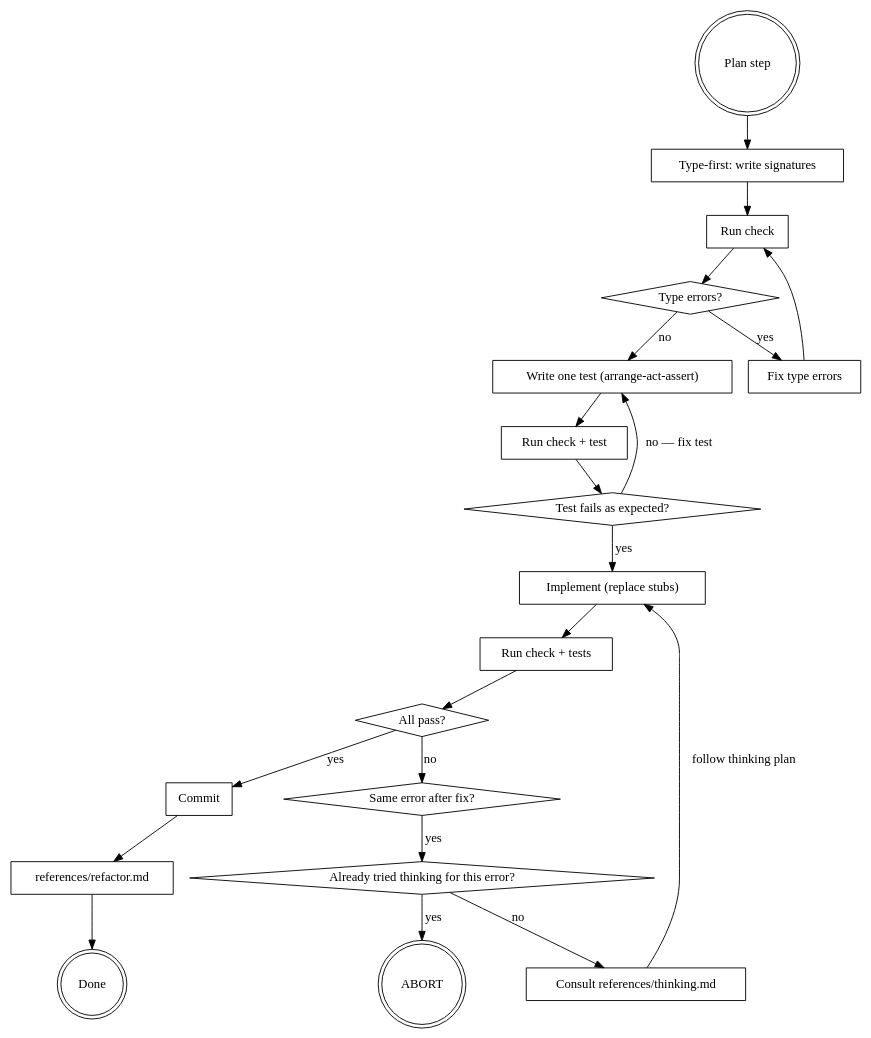
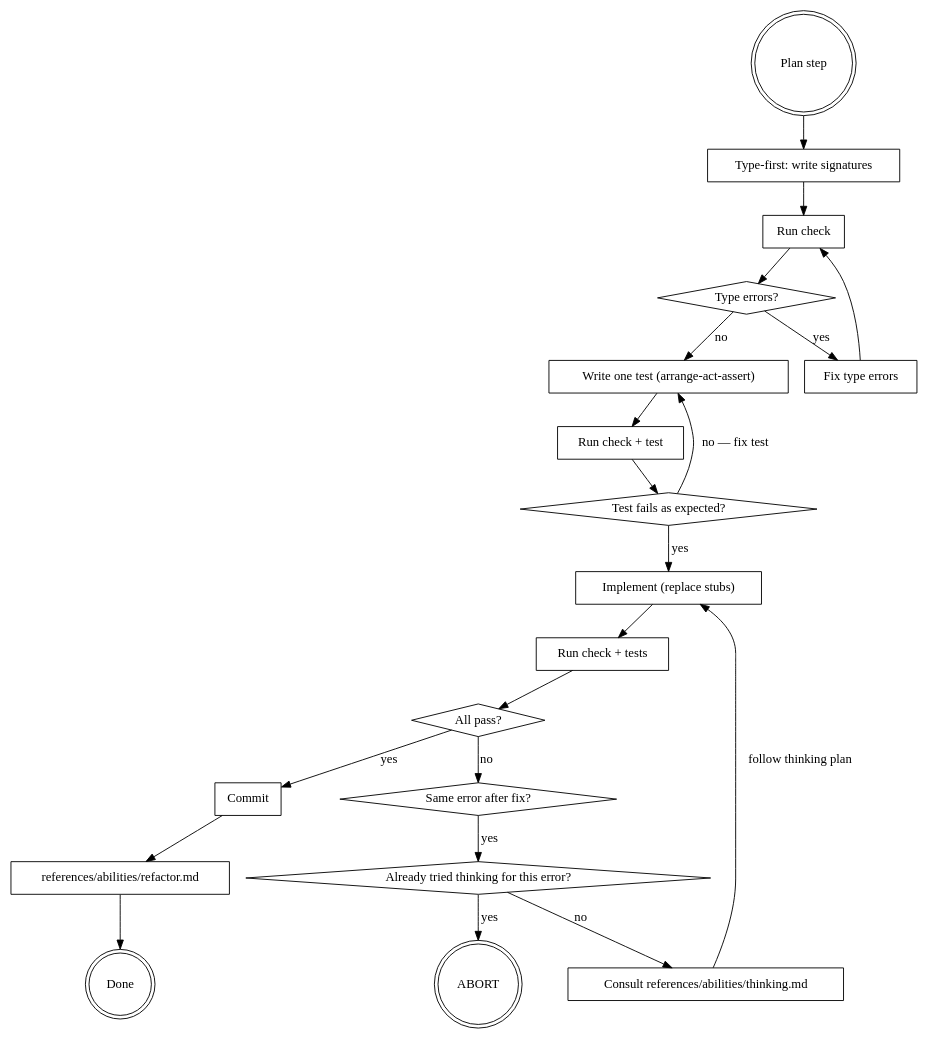
The diagram in developer/skills/ailly/references/phases/red-green-refactor.md (DavidSouther/domain-driven-design), drawn with Graphviz before and after one commit. The commit also changed other lines of this file and 26 other files, not shown here.

````diff
--- a/developer/skills/ailly/references/phases/red-green-refactor.md
+++ b/developer/skills/ailly/references/phases/red-green-refactor.md
@@ -16,43 +16,43 @@
 ```dot
 digraph rgr {
     plan_step [shape=doublecircle label="Plan step"];
     write_sigs [shape=box label="Type-first: write signatures"];
     run_check [shape=box label="Run check"];
     type_errors [shape=diamond label="Type errors?"];
     fix_types [shape=box label="Fix type errors"];
     write_test [shape=box label="Write one test (arrange-act-assert)"];
     run_check_test [shape=box label="Run check + test"];
     test_fails [shape=diamond label="Test fails as expected?"];
     implement [shape=box label="Implement (replace stubs)"];
     run_checks [shape=box label="Run check + tests"];
     all_pass [shape=diamond label="All pass?"];
     same_error [shape=diamond label="Same error after fix?"];
-    invoke_thinking [shape=box label="Consult references/thinking.md"];
+    invoke_thinking [shape=box label="Consult references/abilities/thinking.md"];
     tried_thinking [shape=diamond label="Already tried thinking for this error?"];
     abort [shape=doublecircle label="ABORT"];
     commit [shape=box label="Commit"];
-    refactor [shape=box label="references/refactor.md"];
+    refactor [shape=box label="references/abilities/refactor.md"];
     done [shape=doublecircle label="Done"];
 
     plan_step -> write_sigs;
     write_sigs -> run_check;
     run_check -> type_errors;
     type_errors -> fix_types [label="yes"];
     fix_types -> run_check;
     type_errors -> write_test [label="no"];
     write_test -> run_check_test;
     run_check_test -> test_fails;
     test_fails -> implement [label="yes"];
     test_fails -> write_test [label="no — fix test"];
     implement -> run_checks;
     run_checks -> all_pass;
     all_pass -> same_error [label="no"];
     same_error -> tried_thinking [label="yes"];
     tried_thinking -> abort [label="yes"];
     tried_thinking -> invoke_thinking [label="no"];
     invoke_thinking -> implement [label="follow thinking plan"];
     all_pass -> commit [label="yes"];
     commit -> refactor;
     refactor -> done;
 }
 ```
````
